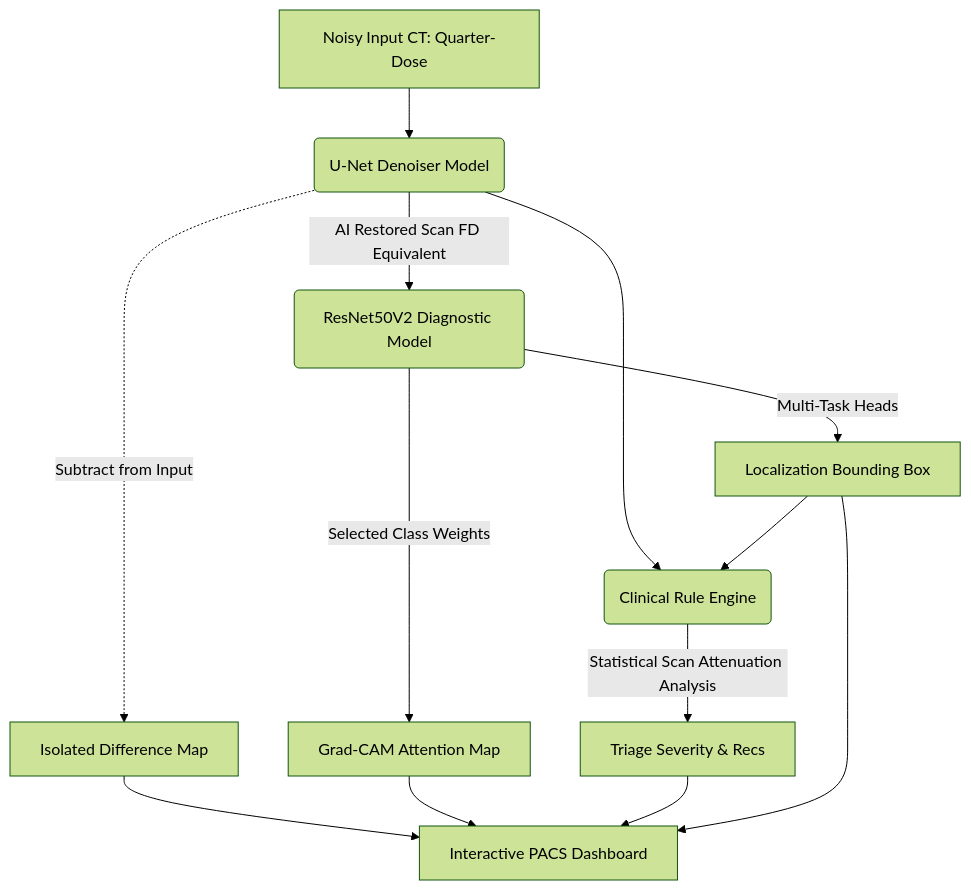
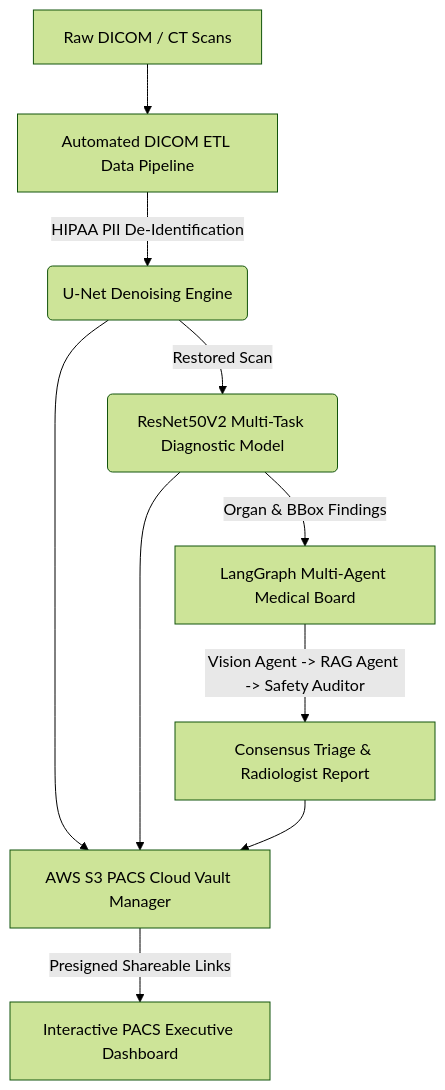
Before and after one commit to ANURAGVIVEK0919/CASCADE-Clinical-Anomalies-Scan-Denoising-Engine-: the diagram in README.md, drawn with Mermaid (forest theme). The commit also changed other lines of this file and 9 other files, not shown here.

Commit message:
Add medical agent, Pinecone RAG, S3 storage, data pipeline, and update UI

````diff
--- a/README.md
+++ b/README.md
@@ -71,14 +73,12 @@
 ```mermaid
 graph TD
-    A[Noisy Input CT: Quarter-Dose] --> B(U-Net Denoiser Model)
-    B -->|AI Restored Scan FD Equivalent| C(ResNet50V2 Diagnostic Model)
-    B -.->|Subtract from Input| D[Isolated Difference Map]
+    A[Raw DICOM / CT Scans] --> B[Automated DICOM ETL Data Pipeline]
+    B -->|HIPAA PII De-Identification| C(U-Net Denoising Engine)
+    C -->|Restored Scan| D(ResNet50V2 Multi-Task Diagnostic Model)
     
-    C -->|Multi-Task Heads| E[Localization Bounding Box]
-    C -->|Selected Class Weights| F[Grad-CAM Attention Map]
+    D -->|Organ & BBox Findings| E[LangGraph Multi-Agent Medical Board]
+    E -->|Vision Agent -> RAG Agent -> Safety Auditor| F[Consensus Triage & Radiologist Report]
     
-    B & E --> G(Clinical Rule Engine)
-    G -->|Statistical Scan Attenuation Analysis| H[Triage Severity & Recs]
-    
-    D & F & H & E --> I[Interactive PACS Dashboard]
+    C & D & F --> G[AWS S3 PACS Cloud Vault Manager]
+    G -->|Presigned Shareable Links| H[Interactive PACS Executive Dashboard]
 ```
````
